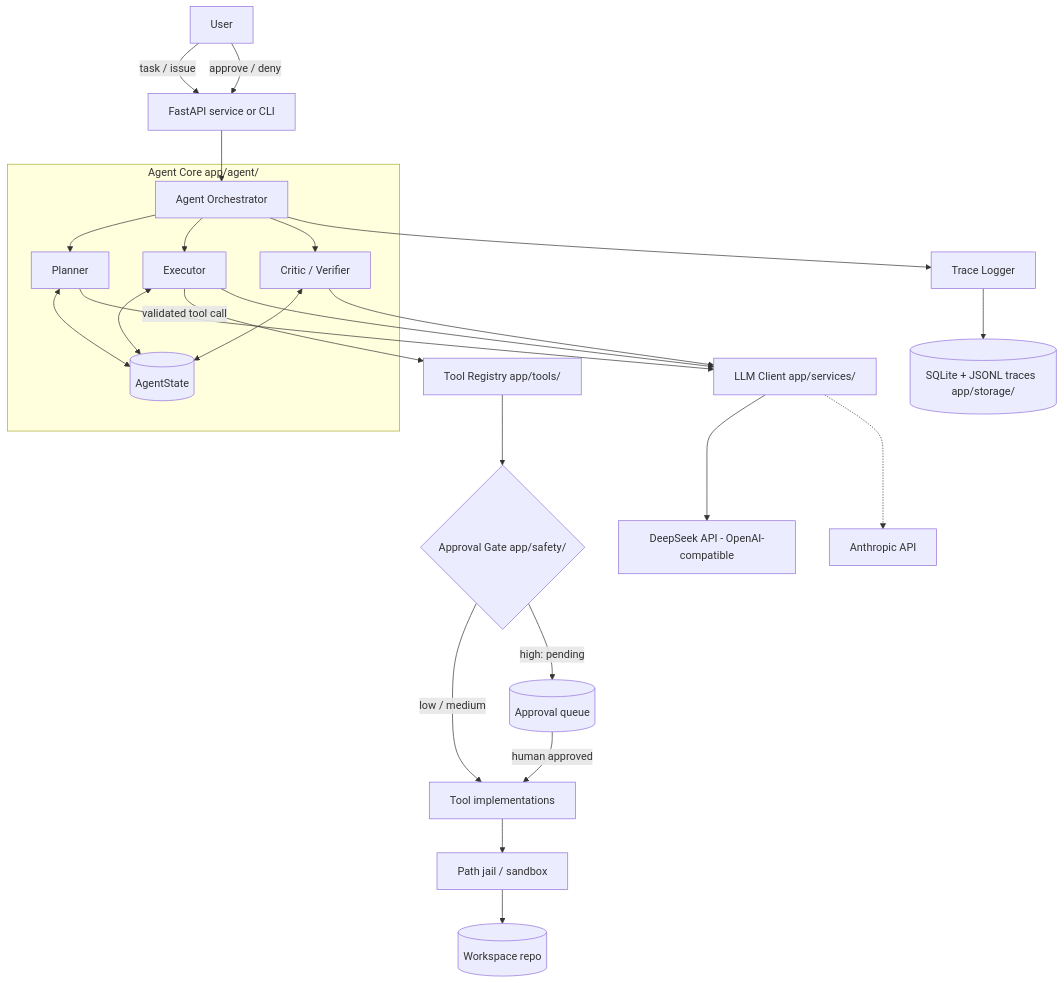
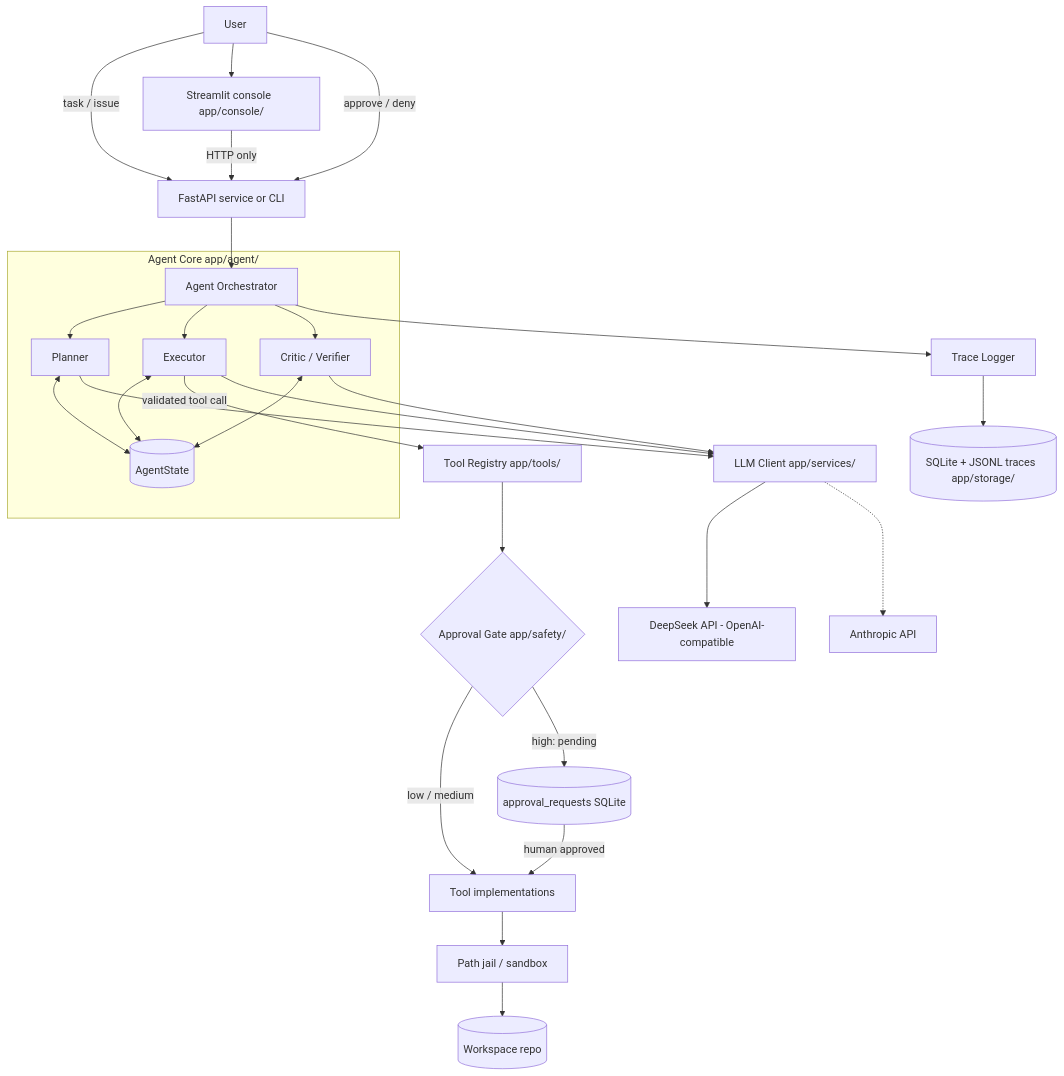
One commit to Jhy13294/RepoPilot-AI-Codebase-Agent changed the first of 2 diagrams in docs/architecture.md. Above: the diagram before and after it, drawn with Mermaid. The commit also changed other lines of this file and 3 other files, not shown here.

````diff
--- a/docs/architecture.md
+++ b/docs/architecture.md
@@ -9,33 +9,35 @@
 ```mermaid
 flowchart TB
     U[User] -->|task / issue| API[FastAPI service or CLI]
+    U --> CONSOLE[Streamlit console  app/console/]
+    CONSOLE -->|HTTP only| API
     U -->|approve / deny| API
     API --> ORCH[Agent Orchestrator]
 
     subgraph CORE[Agent Core  app/agent/]
         ORCH --> PL[Planner]
         ORCH --> EX[Executor]
         ORCH --> CR[Critic / Verifier]
         ST[(AgentState)]
         PL <--> ST
         EX <--> ST
         CR <--> ST
     end
 
     EX -->|validated tool call| REG[Tool Registry  app/tools/]
     REG --> GATE{Approval Gate  app/safety/}
     GATE -->|low / medium| TOOLS[Tool implementations]
-    GATE -->|high: pending| APPR[(Approval queue)]
+    GATE -->|high: pending| APPR[(approval_requests  SQLite)]
     APPR -->|human approved| TOOLS
     TOOLS --> JAIL[Path jail / sandbox]
     JAIL --> WS[(Workspace repo)]
 
     PL --> LLM[LLM Client  app/services/]
     EX --> LLM
     CR --> LLM
     LLM --> OAI[DeepSeek API - OpenAI-compatible]
     LLM -.-> ANT[Anthropic API]
 
     ORCH --> TR[Trace Logger]
     TR --> STORE[(SQLite + JSONL traces  app/storage/)]
 ```
````
